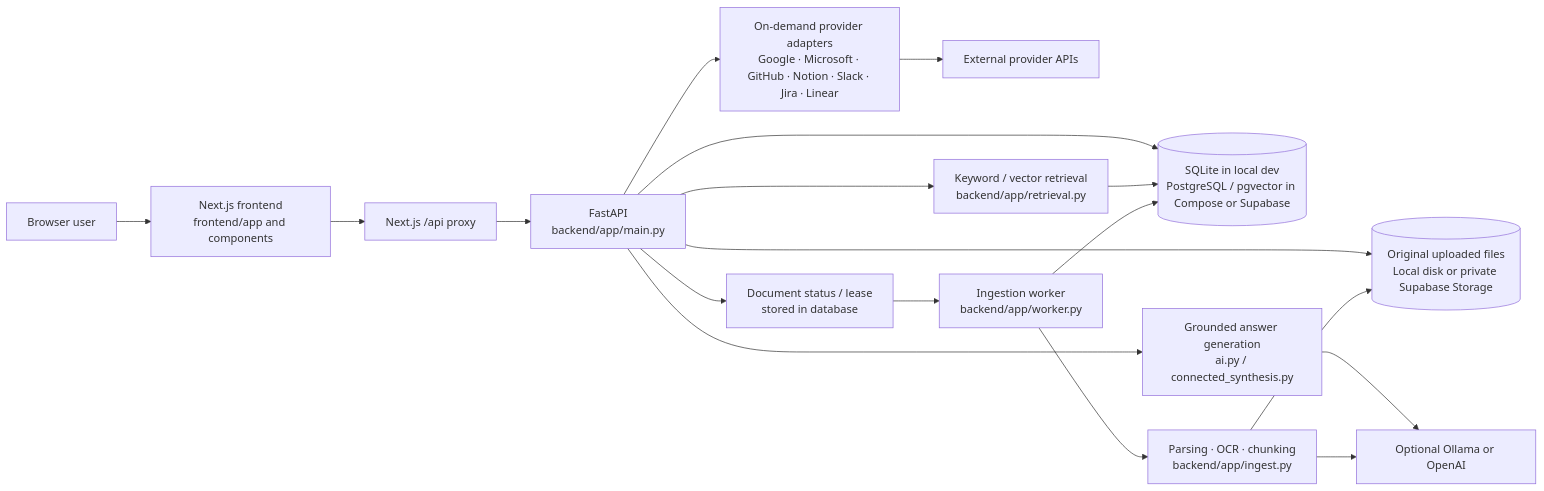
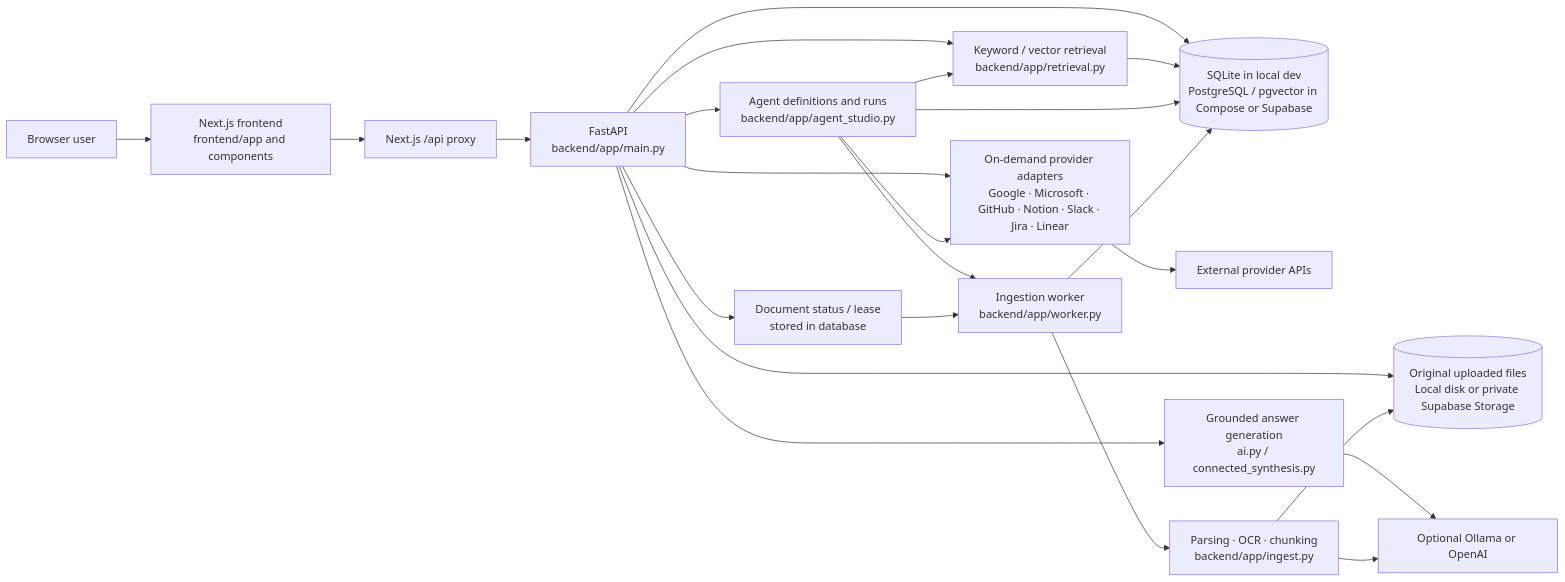
Before and after one commit to srbmaury/Atlas: the first of 5 diagrams in README.md, drawn with Mermaid. The commit also changed other lines of this file and 3 other files, not shown here.

First line of the commit message:
docs: align Atlas README and guides with merged Agent Studio (#65)

````diff
--- a/README.md
+++ b/README.md
@@ -17,20 +17,25 @@
 ```mermaid
 flowchart LR
   User["Browser user"] --> UI["Next.js frontend<br/>frontend/app and components"]
   UI --> Proxy["Next.js /api proxy"]
   Proxy --> API["FastAPI<br/>backend/app/main.py"]
   API --> DB[("SQLite in local dev<br/>PostgreSQL / pgvector in Compose or Supabase")]
   API --> Files[("Original uploaded files<br/>Local disk or private Supabase Storage")]
   API --> Conn["On-demand provider adapters<br/>Google · Microsoft · GitHub · Notion · Slack · Jira · Linear"]
   Conn --> Providers["External provider APIs"]
   API --> Retrieval["Keyword / vector retrieval<br/>backend/app/retrieval.py"]
   Retrieval --> DB
   API --> Synthesis["Grounded answer generation<br/>ai.py / connected_synthesis.py"]
   Synthesis --> Model["Optional Ollama or OpenAI"]
+  API --> Agents["Agent definitions and runs<br/>backend/app/agent_studio.py"]
+  Agents --> DB
+  Agents --> Conn
+  Agents --> Retrieval
+  Agents --> Worker
   API --> Queue["Document status / lease<br/>stored in database"]
   Queue --> Worker["Ingestion worker<br/>backend/app/worker.py"]
   Worker --> Parser["Parsing · OCR · chunking<br/>backend/app/ingest.py"]
   Parser --> Files
   Parser --> Model
   Worker --> DB
 ```
````
